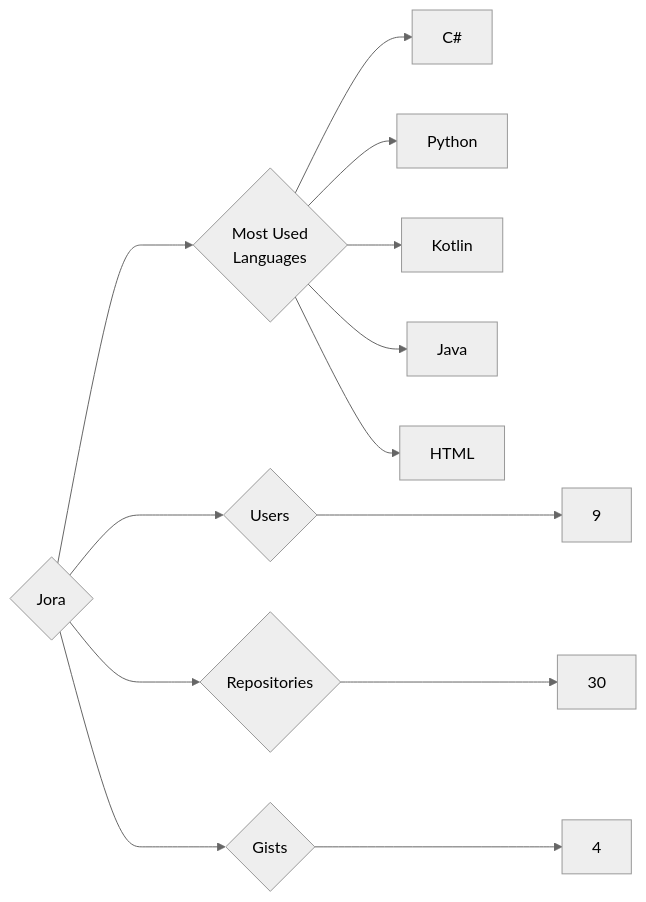
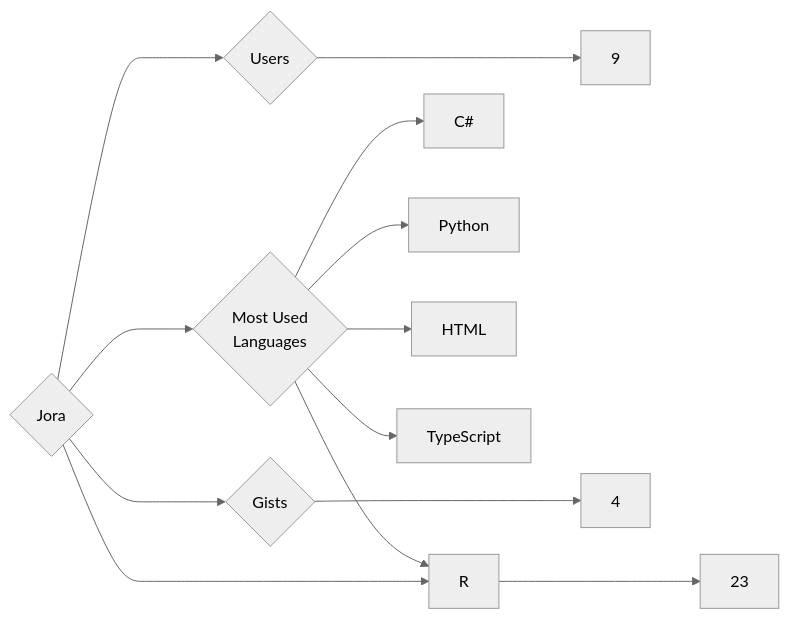
One commit to trickest/insiders changed the diagram in targets/Jora/README.md. Above: the diagram before and after it, drawn with Mermaid (neutral theme). The commit also changed 750 other files, not shown here.

````diff
--- a/targets/Jora/README.md
+++ b/targets/Jora/README.md
@@ -3,13 +3,13 @@
 ```mermaid
 graph LR
 COMPANY_NAME{Jora}
 COMPANY_NAME ---> U{Users} ---> UN[9]
-COMPANY_NAME ---> R{Repositories} ---> RN[30]
+COMPANY_NAME ---> R{Repositories} ---> RN[23]
 COMPANY_NAME ---> G{Gists} ---> GN[4]
 COMPANY_NAME ---> ML{Most Used<br>Languages}
 ML --> C#[C#]
 ML --> Python[Python]
-ML --> Kotlin[Kotlin]
-ML --> Java[Java]
 ML --> HTML[HTML]
+ML --> TypeScript[TypeScript]
+ML --> R[R]
 ```
````
